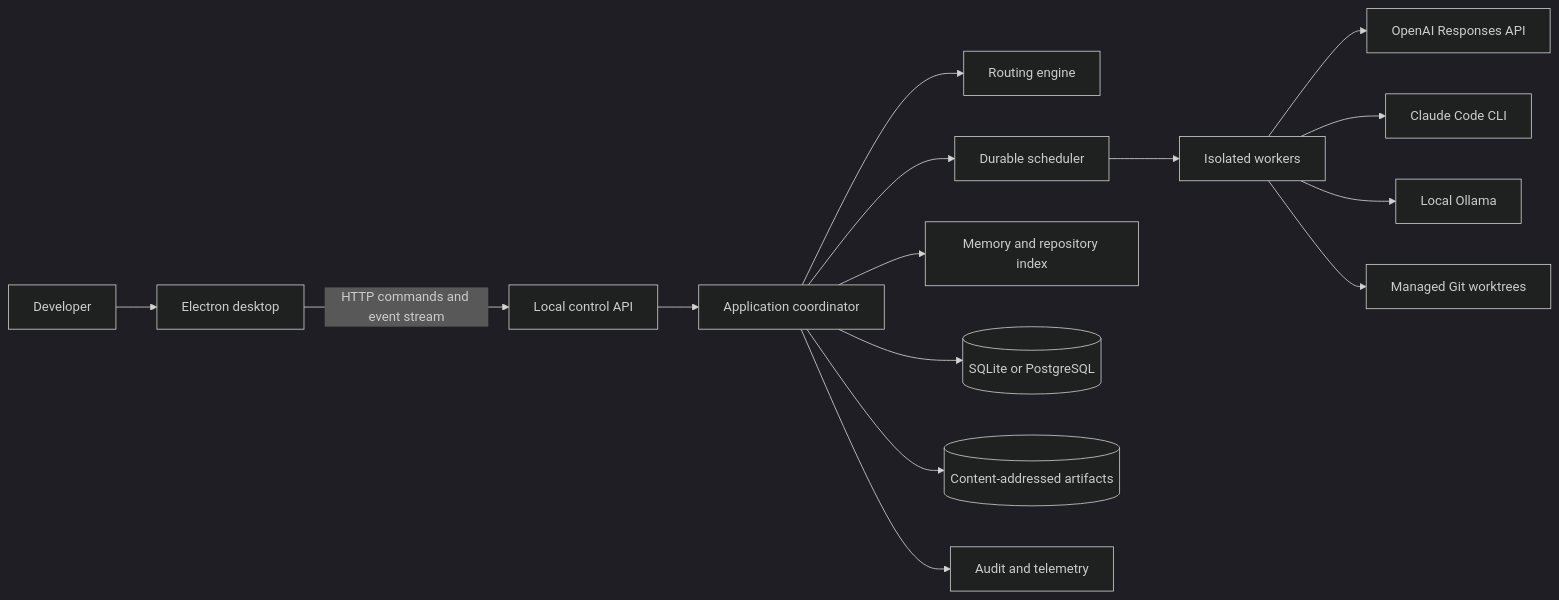
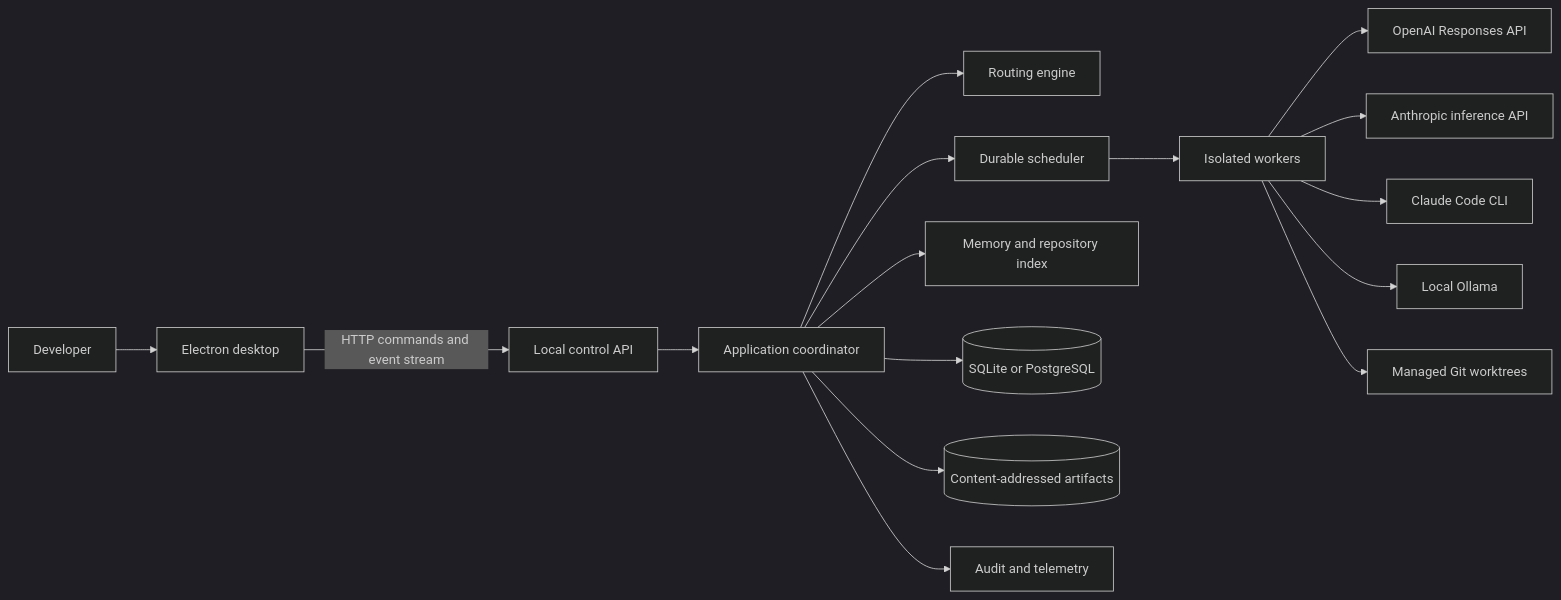
Before and after one commit to alijabbar04/ai-development-os: the diagram in docs/technical-design.md, drawn with Mermaid (dark theme). The commit also changed other lines of this file and 3 other files, not shown here.

Commit message:
docs(architecture): add product completeness planning assembly

````diff
--- a/docs/technical-design.md
+++ b/docs/technical-design.md
@@ -52,17 +54,18 @@
 ```mermaid
 flowchart LR
   User[Developer] --> Desktop[Electron desktop]
   Desktop -->|HTTP commands and event stream| API[Local control API]
   API --> App[Application coordinator]
   App --> Router[Routing engine]
   App --> Scheduler[Durable scheduler]
   App --> Memory[Memory and repository index]
   Scheduler --> Workers[Isolated workers]
   Workers --> OpenAI[OpenAI Responses API]
-  Workers --> Claude[Claude Code CLI]
+  Workers --> Anthropic[Anthropic inference API]
+  Workers --> ClaudeCode[Claude Code CLI]
   Workers --> Ollama[Local Ollama]
   Workers --> Git[Managed Git worktrees]
   App --> Store[(SQLite or PostgreSQL)]
   App --> Artifacts[(Content-addressed artifacts)]
   App --> Events[Audit and telemetry]
 ```
````
